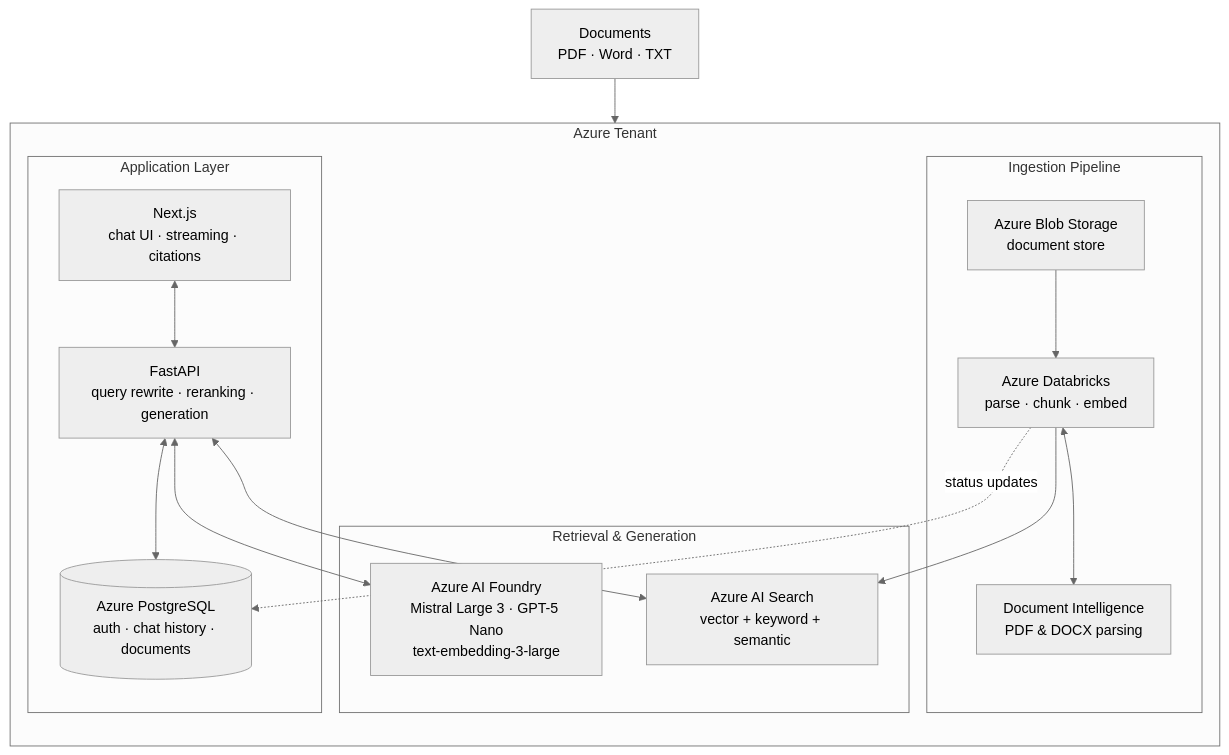
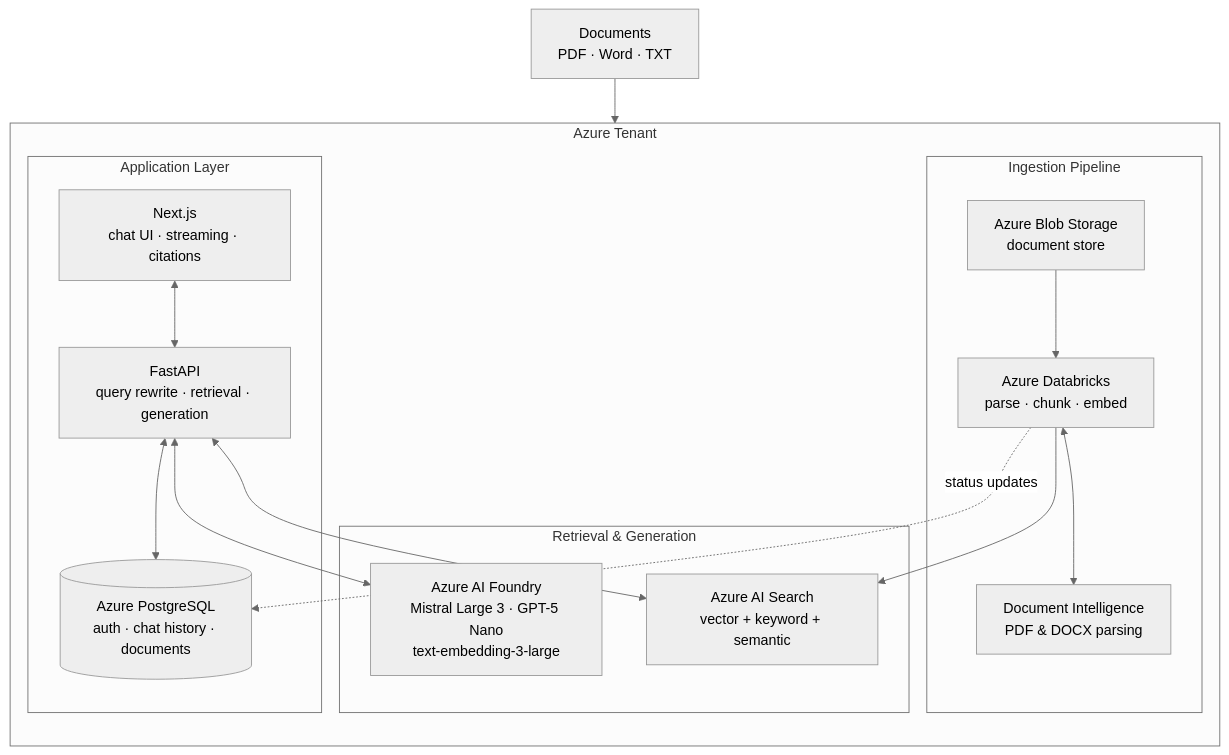
The diagram in README.md (Thimows/enterprise-rag-architecture), drawn with Mermaid (neutral theme) before and after one commit. The commit also changed other lines of this file and 7 other files, not shown here.

Commit message:
refactor: remove reranking service and related configurations, update retrieval logic to streamline search process, and enhance README to reflect changes in retrieval pipeline and query handling

````diff
--- a/README.md
+++ b/README.md
@@ -23,33 +23,33 @@
 ```mermaid
 flowchart TB
     subgraph tenant["Azure Tenant"]
         direction TB
 
         subgraph ingestion["Ingestion Pipeline"]
             blob["Azure Blob Storage<br>document store"]
             docint["Document Intelligence<br>PDF & DOCX parsing"]
             databricks["Azure Databricks<br>parse · chunk · embed"]
         end
 
         subgraph retrieval ["Retrieval & Generation"]
             search["Azure AI Search<br>vector + keyword + semantic"]
             foundry["Azure AI Foundry<br>Mistral Large 3 · GPT-5 Nano<br>text-embedding-3-large"]
         end
 
         subgraph application ["Application Layer"]
             next["Next.js<br>chat UI · streaming · citations"]
-            fastapi["FastAPI<br>query rewrite · reranking · generation"]
+            fastapi["FastAPI<br>query rewrite · retrieval · generation"]
             pg[("Azure PostgreSQL<br>auth · chat history · documents")]
         end
     end
 
     docs["Documents<br>PDF · Word · TXT"] --> blob
     blob --> databricks
     databricks <--> docint
     databricks --> search
     databricks -.->|status updates| pg
     next <--> fastapi
     fastapi <--> search
     fastapi <--> foundry
     fastapi <--> pg
 ```
````
